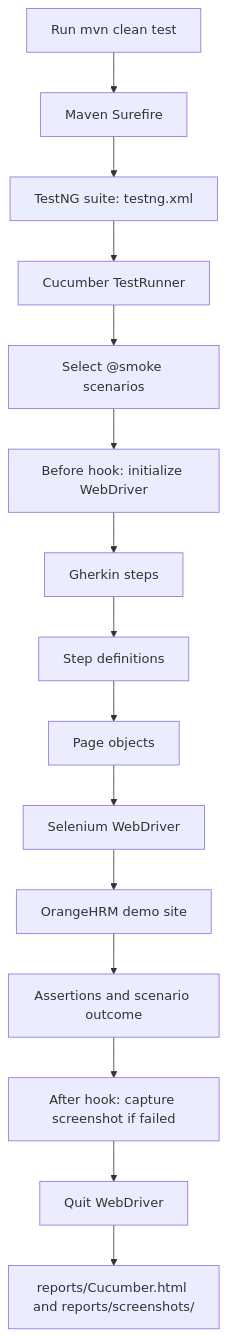
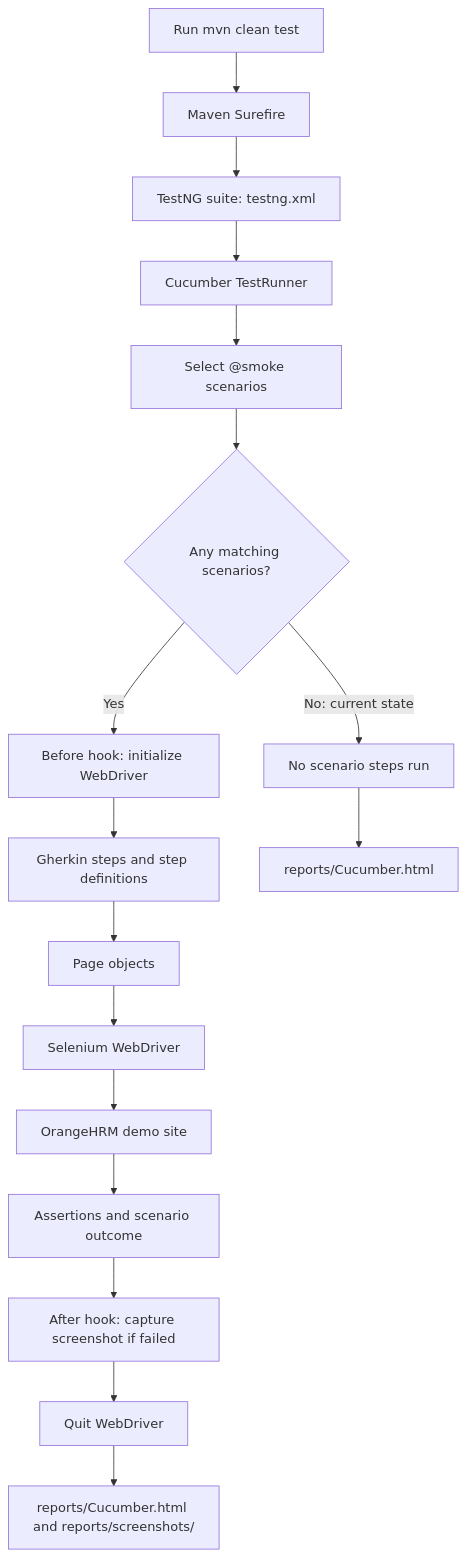
Before and after one commit to Sameer-Programmer/2026_Enterprise_DEMO_BDD_Project: the first of 2 diagrams in README.md, drawn with Mermaid. The commit also changed other lines of this file, not shown here.

Commit message:
docs: reflect current master scenario tags

````diff
--- a/README.md
+++ b/README.md
@@ -146,17 +146,19 @@
 ```mermaid
 flowchart TD
     A[Run mvn clean test] --> B[Maven Surefire]
     B --> C[TestNG suite: testng.xml]
     C --> D[Cucumber TestRunner]
     D --> E[Select @smoke scenarios]
-    E --> F[Before hook: initialize WebDriver]
-    F --> G[Gherkin steps]
-    G --> H[Step definitions]
-    H --> I[Page objects]
-    I --> J[Selenium WebDriver]
-    J --> K[OrangeHRM demo site]
-    K --> L[Assertions and scenario outcome]
-    L --> M[After hook: capture screenshot if failed]
-    M --> N[Quit WebDriver]
-    N --> O[reports/Cucumber.html and reports/screenshots/]
+    E --> F{Any matching scenarios?}
+    F -->|No: current state| G[No scenario steps run]
+    F -->|Yes| H[Before hook: initialize WebDriver]
+    H --> I[Gherkin steps and step definitions]
+    I --> J[Page objects]
+    J --> K[Selenium WebDriver]
+    K --> L[OrangeHRM demo site]
+    L --> M[Assertions and scenario outcome]
+    M --> N[After hook: capture screenshot if failed]
+    N --> O[Quit WebDriver]
+    G --> P[reports/Cucumber.html]
+    O --> Q[reports/Cucumber.html and reports/screenshots/]
 ```
````
